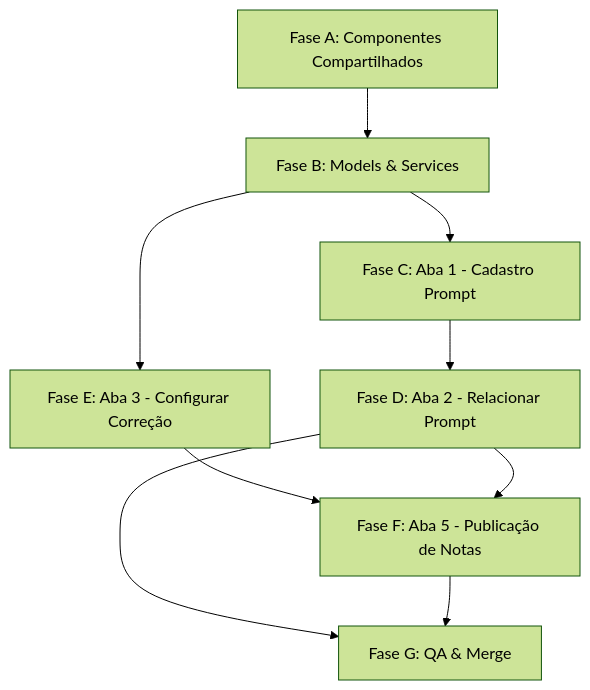
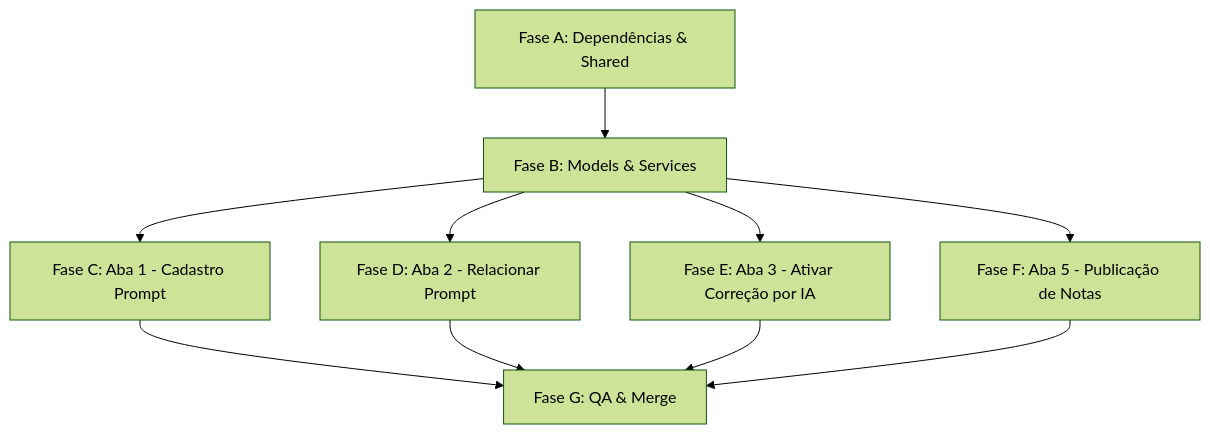
The diagram in Requirements_v2/Plano_Execucao.md (armandotreuk/Hub-de-Correcoes), drawn with Mermaid (forest theme) before and after one commit. The commit also changed other lines of this file and 3 other files, not shown here.

````diff
--- a/Requirements_v2/Plano_Execucao.md
+++ b/Requirements_v2/Plano_Execucao.md
@@ -357,11 +650,12 @@
 ```mermaid
 graph TD
-    FA[Fase A: Componentes Compartilhados] --> FB[Fase B: Models & Services]
+    FA[Fase A: Dependências & Shared] --> FB[Fase B: Models & Services]
     FB --> FC[Fase C: Aba 1 - Cadastro Prompt]
-    FB --> FE[Fase E: Aba 3 - Configurar Correção]
-    FC --> FD[Fase D: Aba 2 - Relacionar Prompt]
-    FE --> FF[Fase F: Aba 5 - Publicação de Notas]
-    FD --> FF
-    FD --> FG[Fase G: QA & Merge]
+    FB --> FD[Fase D: Aba 2 - Relacionar Prompt]
+    FB --> FE[Fase E: Aba 3 - Ativar Correção por IA]
+    FB --> FF[Fase F: Aba 5 - Publicação de Notas]
+    FC --> FG[Fase G: QA & Merge]
+    FD --> FG
+    FE --> FG
     FF --> FG
 ```
````
